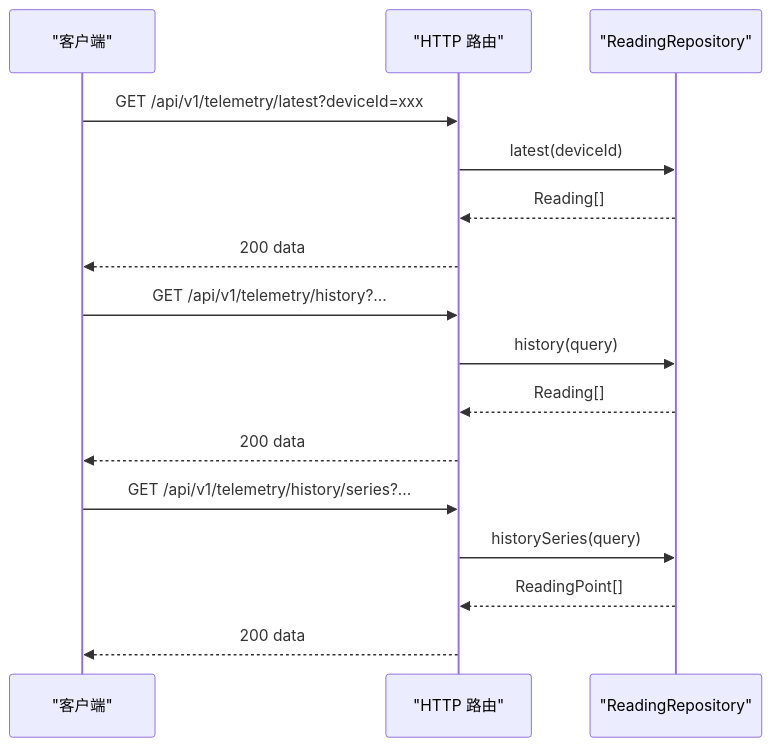
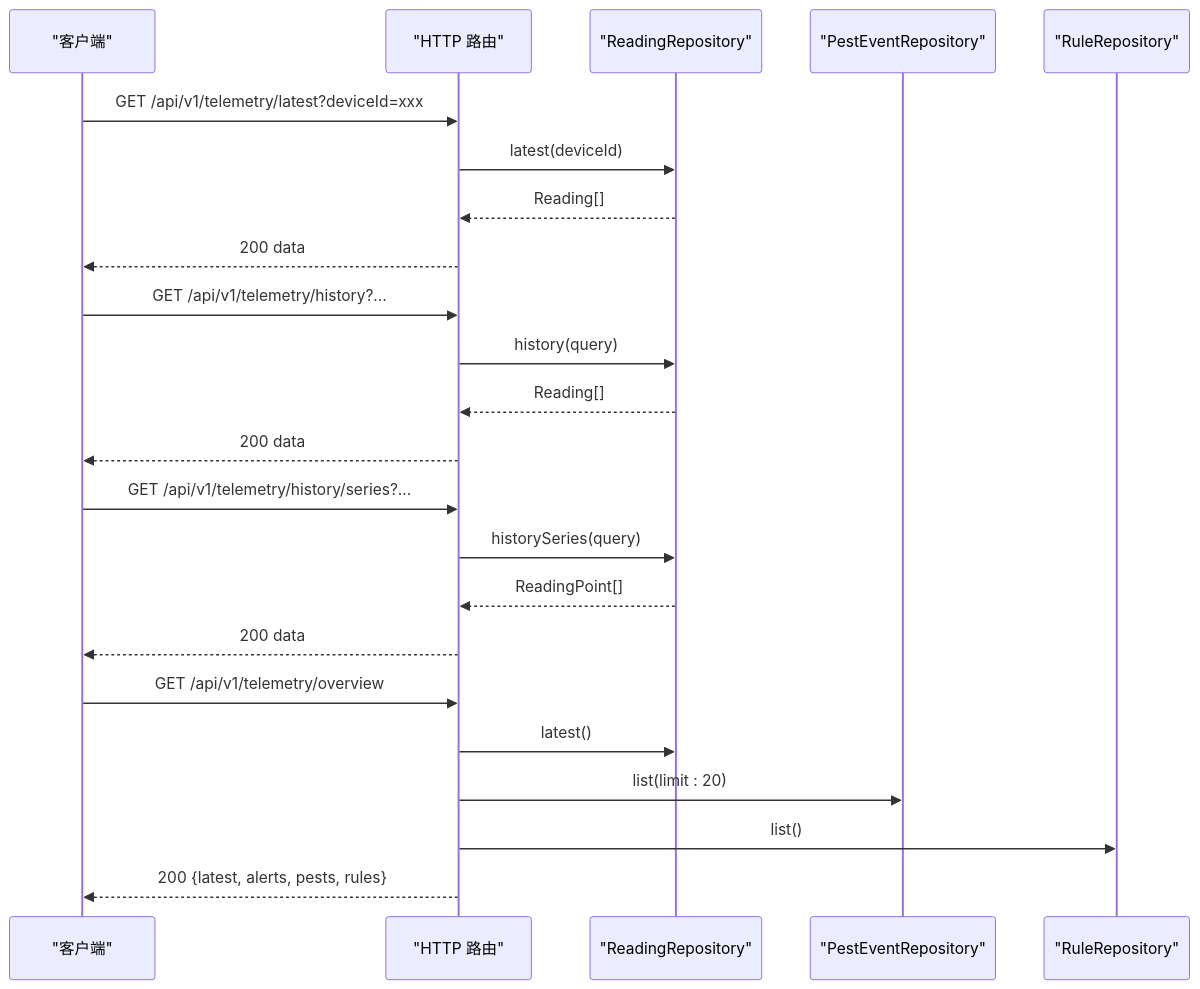
Before and after one commit to q446328246/agri-platform: the ninth of 10 diagrams in .qoder/repowiki/zh/content/核心服务文档/遥测数据服务.md, drawn with Mermaid. The commit also changed other lines of this file and 68 other files, not shown here.

````diff
--- a/.qoder/repowiki/zh/content/核心服务文档/遥测数据服务.md
+++ b/.qoder/repowiki/zh/content/核心服务文档/遥测数据服务.md
@@ -255,18 +353,25 @@
 ```mermaid
 sequenceDiagram
 participant Client as "客户端"
 participant HTTP as "HTTP 路由"
 participant Repo as "ReadingRepository"
+participant PestRepo as "PestEventRepository"
+participant RuleRepo as "RuleRepository"
 Client->>HTTP : GET /api/v1/telemetry/latest?deviceId=xxx
 HTTP->>Repo : latest(deviceId)
 Repo-->>HTTP : Reading[]
 HTTP-->>Client : 200 data
 Client->>HTTP : GET /api/v1/telemetry/history?...
 HTTP->>Repo : history(query)
 Repo-->>HTTP : Reading[]
 HTTP-->>Client : 200 data
 Client->>HTTP : GET /api/v1/telemetry/history/series?...
 HTTP->>Repo : historySeries(query)
 Repo-->>HTTP : ReadingPoint[]
 HTTP-->>Client : 200 data
+Client->>HTTP : GET /api/v1/telemetry/overview
+HTTP->>Repo : latest()
+HTTP->>PestRepo : list(limit : 20)
+HTTP->>RuleRepo : list()
+HTTP-->>Client : 200 {latest, alerts, pests, rules}
 ```
````
